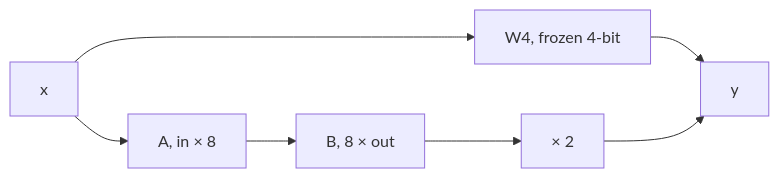
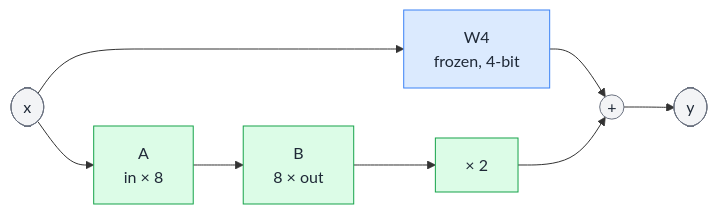
The third of 3 diagrams in README.md (ej-sanmartin/Qwen-Storythread), drawn with Mermaid before and after one commit. The commit also changed other lines of this file, not shown here.

Commit message:
docs: restyle QLoRA diagrams with color-coded legend

````diff
--- a/README.md
+++ b/README.md
@@ -57,9 +67,15 @@
 ```mermaid
 flowchart LR
-  x["x"] --> base["W4, frozen 4-bit"]
-  x --> a["A, in × 8"]
-  a --> b["B, 8 × out"]
-  b --> scaled["× 2"]
-  base --> y["y"]
-  scaled --> y
+  classDef frozen fill:#dbeafe,stroke:#3b82f6,color:#1f2937
+  classDef train fill:#dcfce7,stroke:#16a34a,color:#1f2937
+  classDef io fill:#f3f4f6,stroke:#6b7280,color:#1f2937
+
+  x(["x"]):::io
+  x --> base["W4<br/>frozen, 4-bit"]:::frozen
+  x --> a["A<br/>in × 8"]:::train
+  a --> b["B<br/>8 × out"]:::train
+  b --> scaled["× 2"]:::train
+  base --> sum(("+")):::io
+  scaled --> sum
+  sum --> y(["y"]):::io
 ```
````
